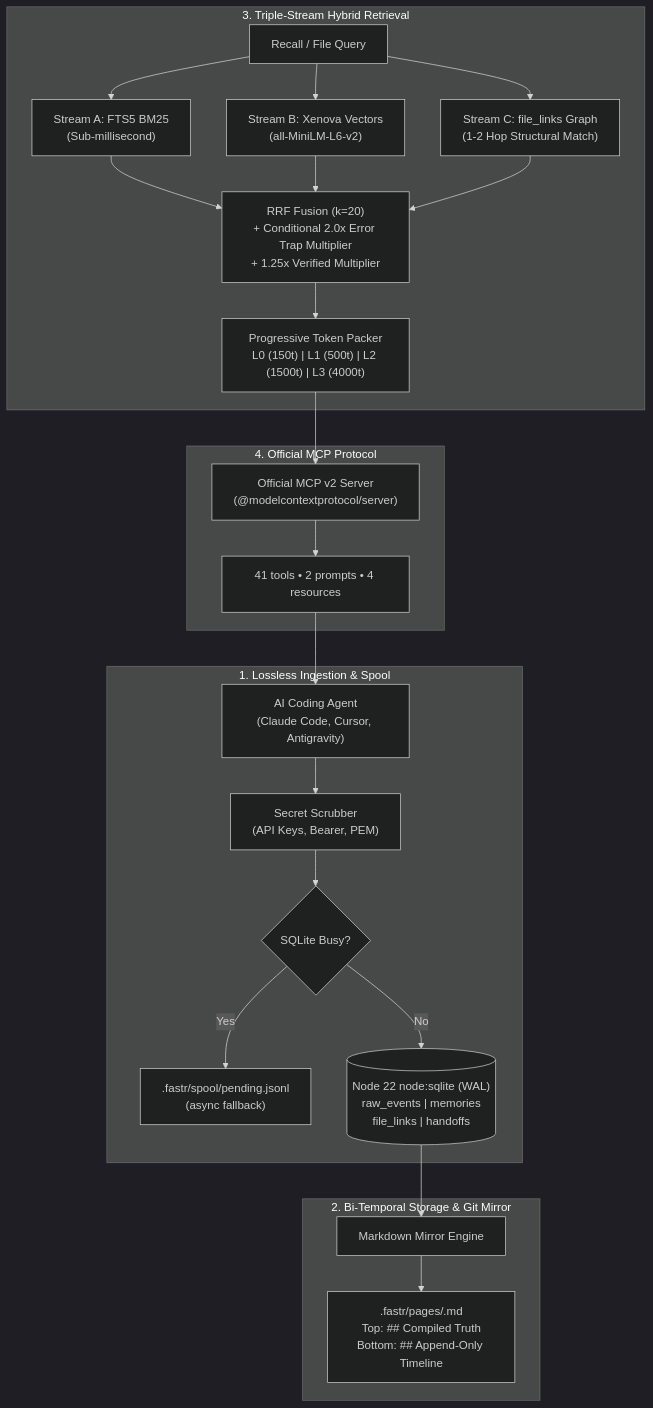
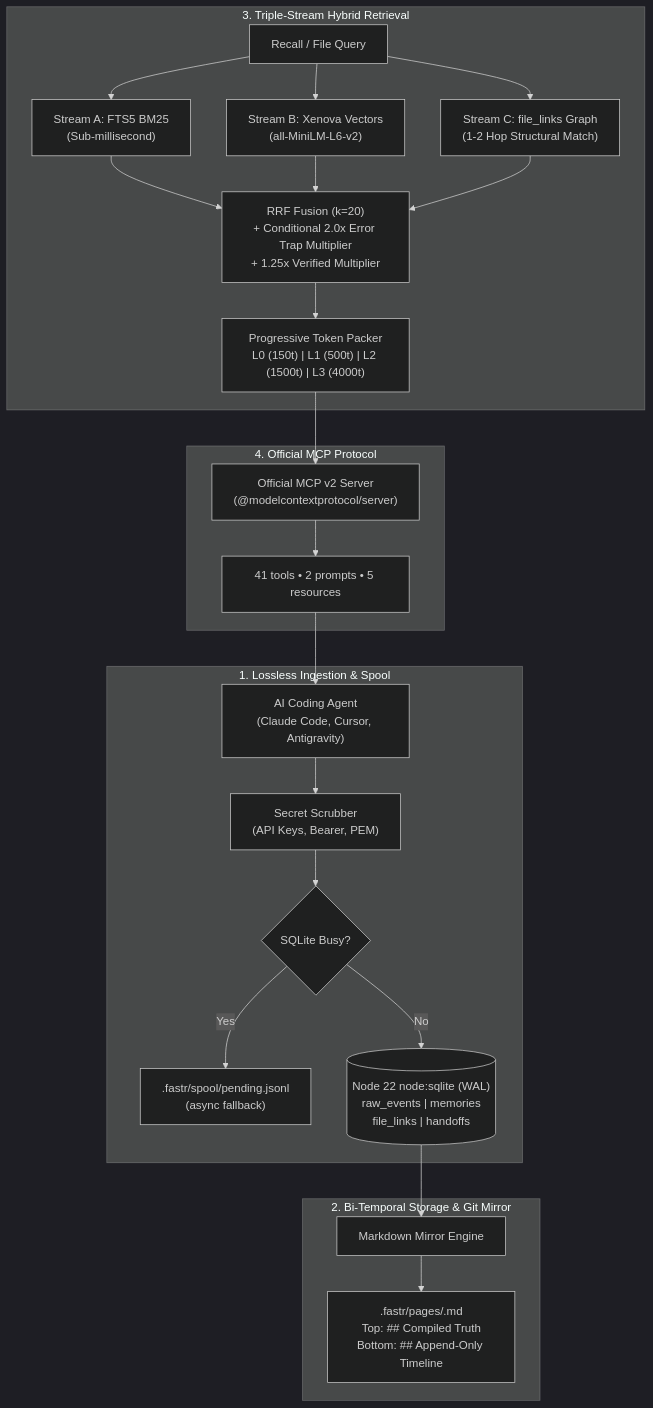
One commit to atifjubaer/fastrmemory changed the diagram in README.md. Above: the diagram before and after it, drawn with Mermaid (dark theme). The commit also changed other lines of this file and 7 other files, not shown here.

````diff
--- a/README.md
+++ b/README.md
@@ -475,29 +476,29 @@
 ```mermaid
 flowchart TD
     subgraph Ingestion["1. Lossless Ingestion & Spool"]
         Agent["AI Coding Agent\n(Claude Code, Cursor, Antigravity)"] --> Scrubber["Secret Scrubber\n(API Keys, Bearer, PEM)"]
         Scrubber --> Spool{"SQLite Busy?"}
         Spool -- Yes --> SpoolFile[".fastr/spool/pending.jsonl\n(async fallback)"]
         Spool -- No --> DB
     end
 
     subgraph Storage["2. Bi-Temporal Storage & Git Mirror"]
         DB[("Node 22 node:sqlite (WAL)\nraw_events | memories\nfile_links | handoffs")]
         DB --> Mirror["Markdown Mirror Engine"]
         Mirror --> Pages[".fastr/pages/<module>.md\nTop: ## Compiled Truth\nBottom: ## Append-Only Timeline"]
     end
 
     subgraph Search["3. Triple-Stream Hybrid Retrieval"]
         Query["Recall / File Query"] --> FTS["Stream A: FTS5 BM25\n(Sub-millisecond)"]
         Query --> Vec["Stream B: Xenova Vectors\n(all-MiniLM-L6-v2)"]
         Query --> Graph["Stream C: file_links Graph\n(1-2 Hop Structural Match)"]
         FTS & Vec & Graph --> RRF["RRF Fusion (k=20)\n+ Conditional 2.0x Error Trap Multiplier\n+ 1.25x Verified Multiplier"]
         RRF --> Budget["Progressive Token Packer\nL0 (150t) | L1 (500t) | L2 (1500t) | L3 (4000t)"]
     end
 
     subgraph Protocol["4. Official MCP Protocol"]
         Budget --> MCPServer["Official MCP v2 Server\n(@modelcontextprotocol/server)"]
-        MCPServer --> Tools["41 tools • 2 prompts • 4 resources"]
+        MCPServer --> Tools["41 tools • 2 prompts • 5 resources"]
         Tools --> Agent
     end
 ```
````
